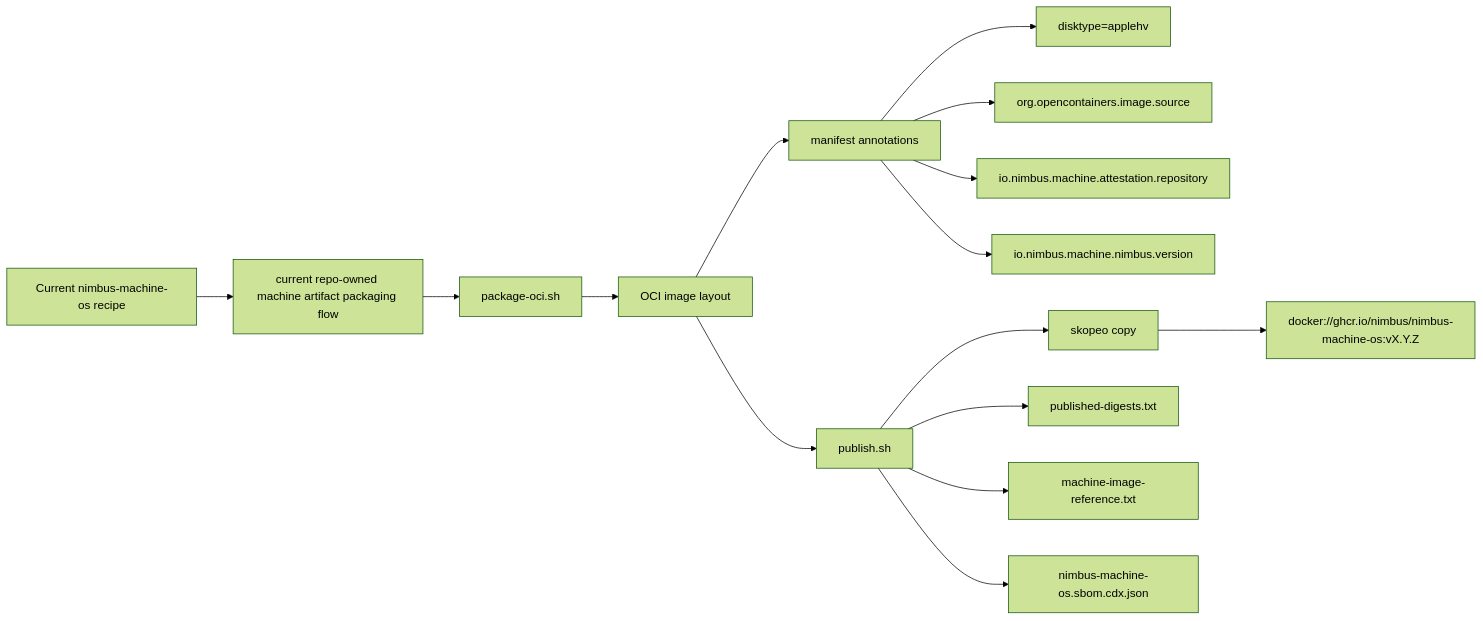
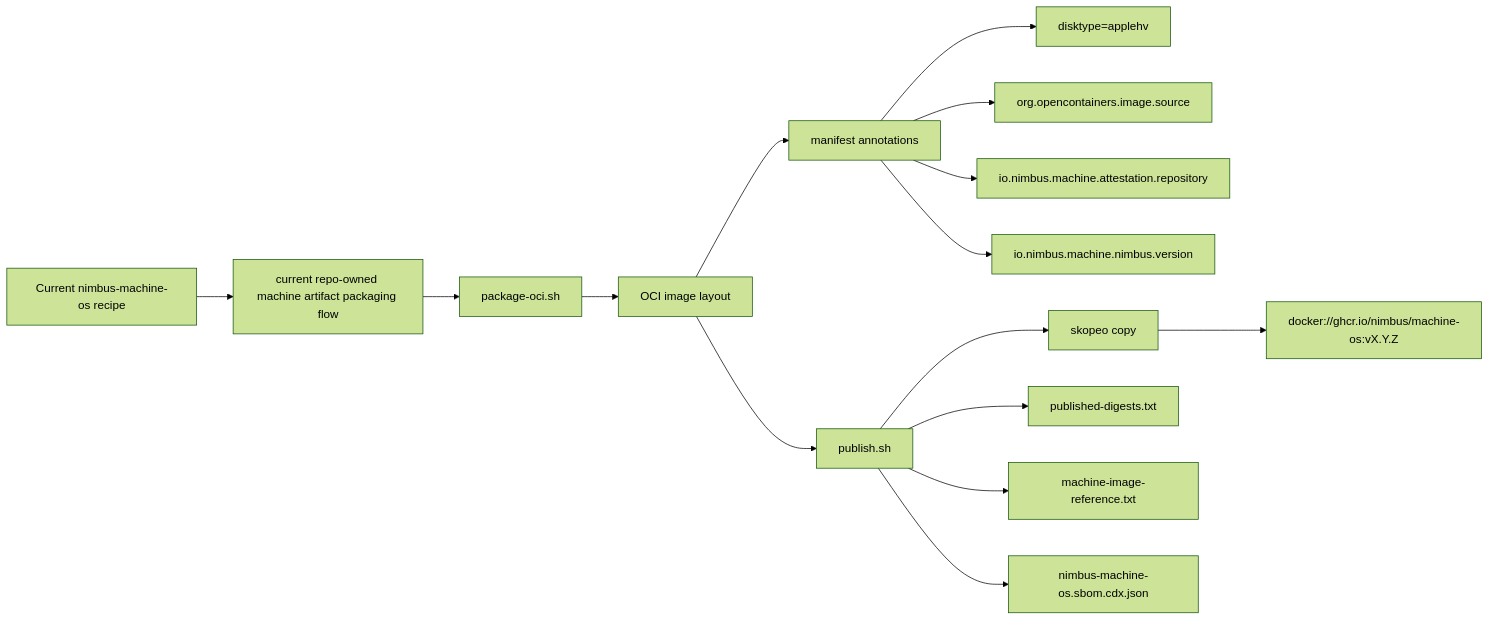
Before and after one commit to nimbus/nimbus: the second of 6 diagrams in docs/architecture/sandbox/macos-machine-flow.md, drawn with Mermaid (forest theme). The commit also changed other lines of this file and 25 other files, not shown here.

Commit message:
Use canonical machine-os release flow

````diff
--- a/docs/architecture/sandbox/macos-machine-flow.md
+++ b/docs/architecture/sandbox/macos-machine-flow.md
@@ -135,17 +135,17 @@
 ```mermaid
 flowchart LR
     A["Current nimbus-machine-os recipe"] --> B["current repo-owned machine artifact packaging flow"]
     B --> C["package-oci.sh"]
     C --> D["OCI image layout"]
     D --> E["manifest annotations"]
     E --> I["disktype=applehv"]
     E --> J["org.opencontainers.image.source"]
     E --> K["io.nimbus.machine.attestation.repository"]
     E --> L["io.nimbus.machine.nimbus.version"]
     D --> M["publish.sh"]
     M --> N["skopeo copy"]
-    N --> O["docker://ghcr.io/nimbus/nimbus-machine-os:vX.Y.Z"]
+    N --> O["docker://ghcr.io/nimbus/machine-os:vX.Y.Z"]
     M --> P["published-digests.txt"]
     M --> Q["machine-image-reference.txt"]
     M --> R["nimbus-machine-os.sbom.cdx.json"]
 ```
````
